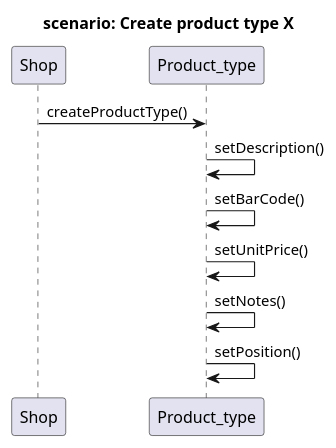
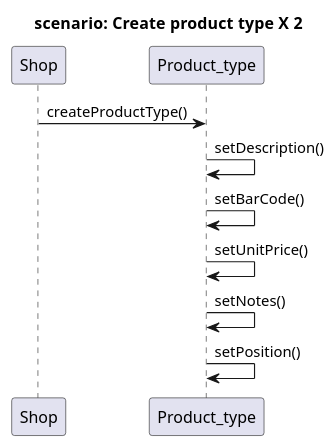
One commit to zitabou/EZShop changed the fourth of 4 diagrams in Deliverables/DesignDocument.md. Above: the diagram before and after it, drawn with PlantUML. The commit also changed other lines of this file, not shown here.

Commit message:
scenario1 Sequence diagram

````diff
--- a/Deliverables/DesignDocument.md
+++ b/Deliverables/DesignDocument.md
@@ -292,14 +312,14 @@
 ```plantuml
 
 title
-scenario: Create product type X
+scenario: Create product type X  2
 end title
 
 Shop -> Product_type: createProductType() 
 Product_type -> Product_type: setDescription()
 Product_type -> Product_type: setBarCode()
 Product_type -> Product_type: setUnitPrice()
 Product_type -> Product_type: setNotes()
 Product_type -> Product_type: setPosition()
 
 ```
````
